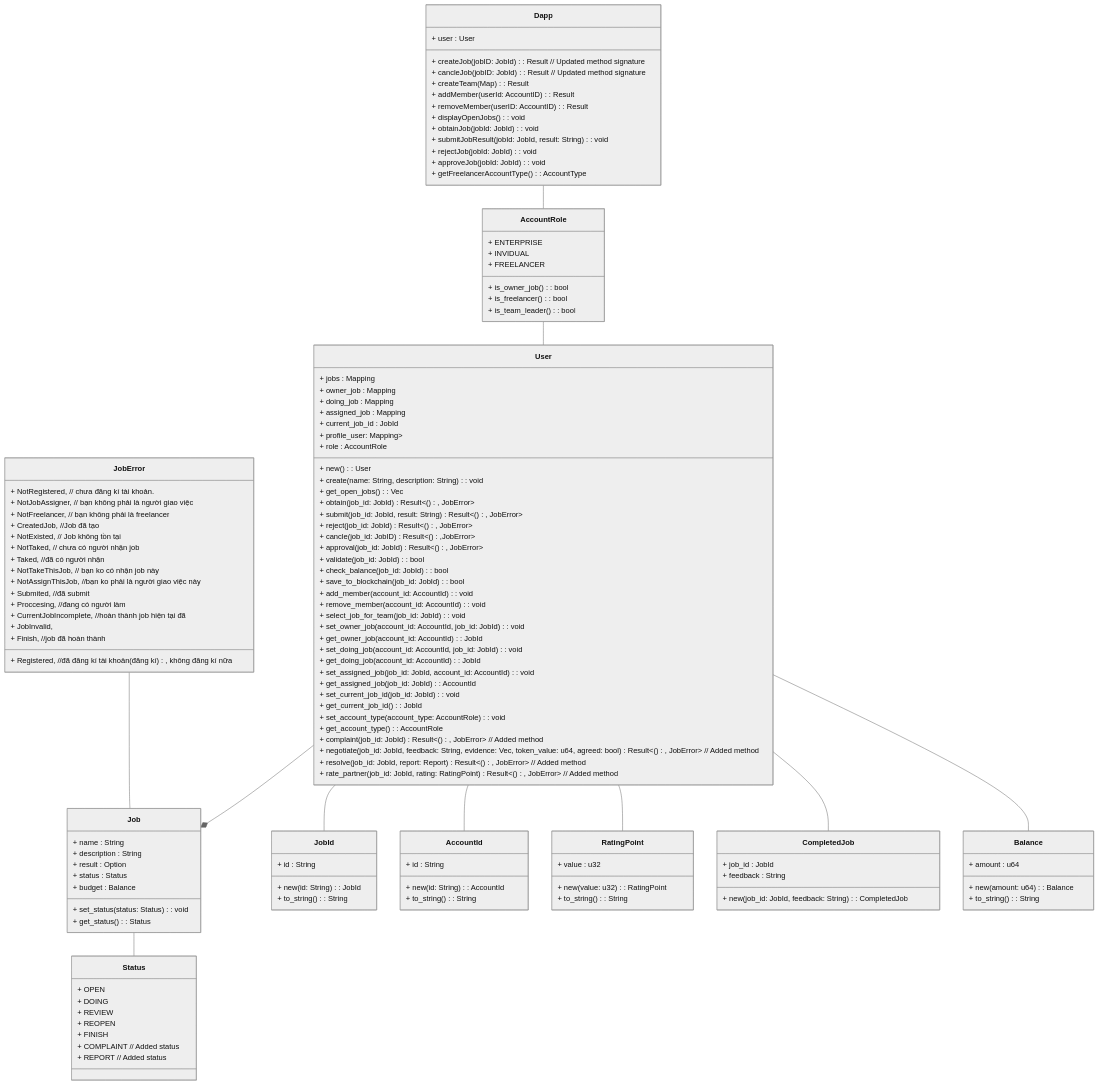
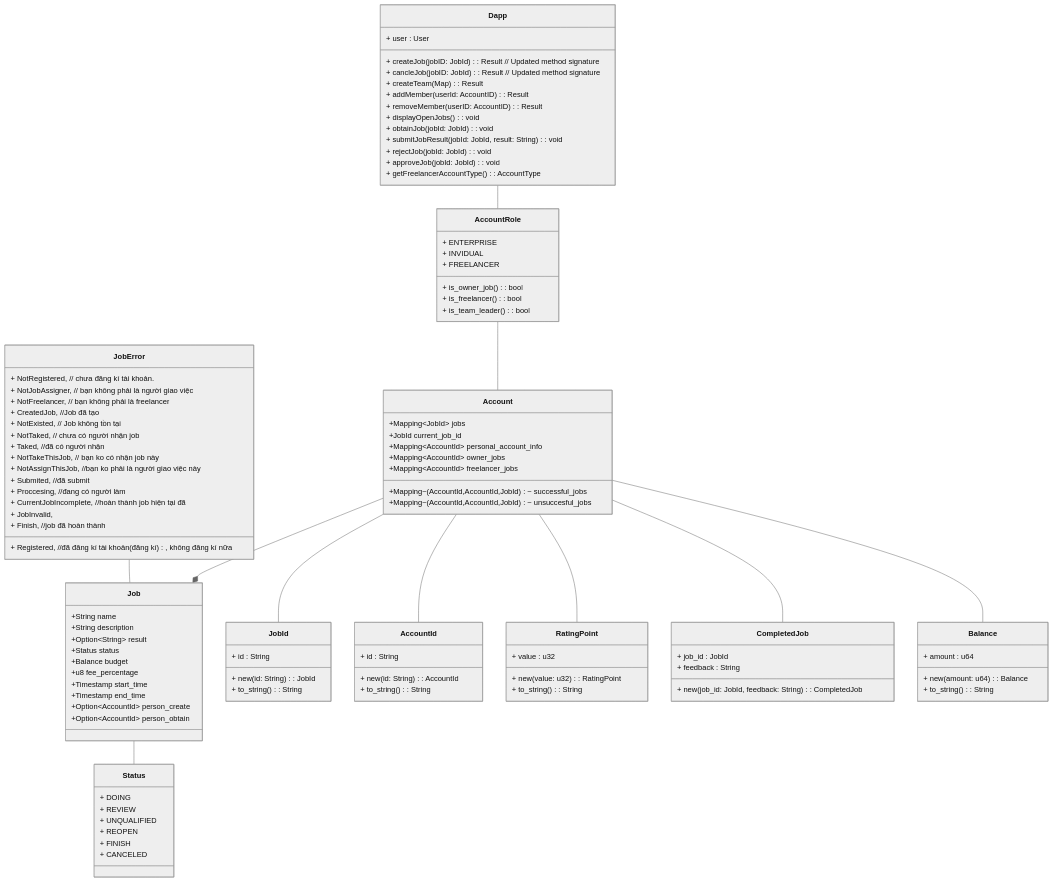
The first of 2 diagrams in README.md (lamha79/freelankakot), drawn with Mermaid (neutral theme) before and after one commit. The commit also changed other lines of this file and 1 other file, not shown here.

````diff
--- a/README.md
+++ b/README.md
@@ -11,63 +11,36 @@
 ```mermaid
 
 classDiagram
-  class User {
-    + jobs : Mapping<JobId, Job>
-    + owner_job : Mapping<AccountId, JobId>
-    + doing_job : Mapping<AccountId, JobId>
-    + assigned_job : Mapping<JobId, AccountId>
-    + current_job_id : JobId
-    + profile_user: Mapping<RatingPoint, Vec<CompletedJob>>
-    + role : AccountRole
-    + new() : User
-    + create(name: String, description: String) : void
-    + get_open_jobs() : Vec<Job>
-    + obtain(job_id: JobId) : Result<(), JobError>
-    + submit(job_id: JobId, result: String) : Result<(), JobError>
-    + reject(job_id: JobId) : Result<(), JobError>
-    + cancle(job_id: JobID) : Result<(),JobError>
-    + approval(job_id: JobId) : Result<(), JobError>
-    + validate(job_id: JobId) : bool
-    + check_balance(job_id: JobId) : bool
-    + save_to_blockchain(job_id: JobId) : bool
-    + add_member(account_id: AccountId) : void
-    + remove_member(account_id: AccountId) : void
-    + select_job_for_team(job_id: JobId) : void
-    + set_owner_job(account_id: AccountId, job_id: JobId) : void
-    + get_owner_job(account_id: AccountId) : JobId
-    + set_doing_job(account_id: AccountId, job_id: JobId) : void
-    + get_doing_job(account_id: AccountId) : JobId
-    + set_assigned_job(job_id: JobId, account_id: AccountId) : void
-    + get_assigned_job(job_id: JobId) : AccountId
-    + set_current_job_id(job_id: JobId) : void
-    + get_current_job_id() : JobId
-    + set_account_type(account_type: AccountRole) : void
-    + get_account_type() : AccountRole
-    + complaint(job_id: JobId) : Result<(), JobError> // Added method
-    + negotiate(job_id: JobId, feedback: String, evidence: Vec<String>, token_value: u64, agreed: bool) : Result<(), JobError> // Added method
-    + resolve(job_id: JobId, report: Report) : Result<(), JobError> // Added method
-    + rate_partner(job_id: JobId, rating: RatingPoint) : Result<(), JobError> // Added method
-  }
+  class Account{
+  +Mapping~JobId~ jobs
+  +JobId current_job_id
+  +Mapping~AccountId~ personal_account_info
+  +Mapping~AccountId~ owner_jobs
+  +Mapping~AccountId~ freelancer_jobs
+  +Mapping~(AccountId,AccountId,JobId)~ successful_jobs
+  +Mapping~(AccountId,AccountId,JobId)~ unsuccesful_jobs
+}
 
-  class Job {
-    + name : String
-    + description : String
-    + result : Option<String>
-    + status : Status
-    + budget : Balance
-    + set_status(status: Status) : void
-    + get_status() : Status
-  }
+class Job{
+  +String name
+  +String description
+  +Option~String~ result
+  +Status status
+  +Balance budget
+  +u8 fee_percentage
+  +Timestamp start_time
+  +Timestamp end_time
+  +Option~AccountId~ person_create
+  +Option~AccountId~ person_obtain
+}
 
   class Status {
-    + OPEN
     + DOING
     + REVIEW
+    + UNQUALIFIED
     + REOPEN
     + FINISH
-    + COMPLAINT // Added status
-    + REPORT // Added status
-
+    + CANCELED   
   }
 
   class JobError {    
@@ -143,13 +116,13 @@
   }
 
   Dapp -- AccountRole
-  AccountRole -- User
-  User -- Balance
-  User --* Job
-  User -- JobId
-  User -- AccountId
-  User -- RatingPoint
-  User -- CompletedJob
+  AccountRole -- Account
+  Account -- Balance
+  Account --* Job
+  Account -- JobId
+  Account -- AccountId
+  Account -- RatingPoint
+  Account -- CompletedJob
   JobError -- Job
   Job -- Status
 
````
